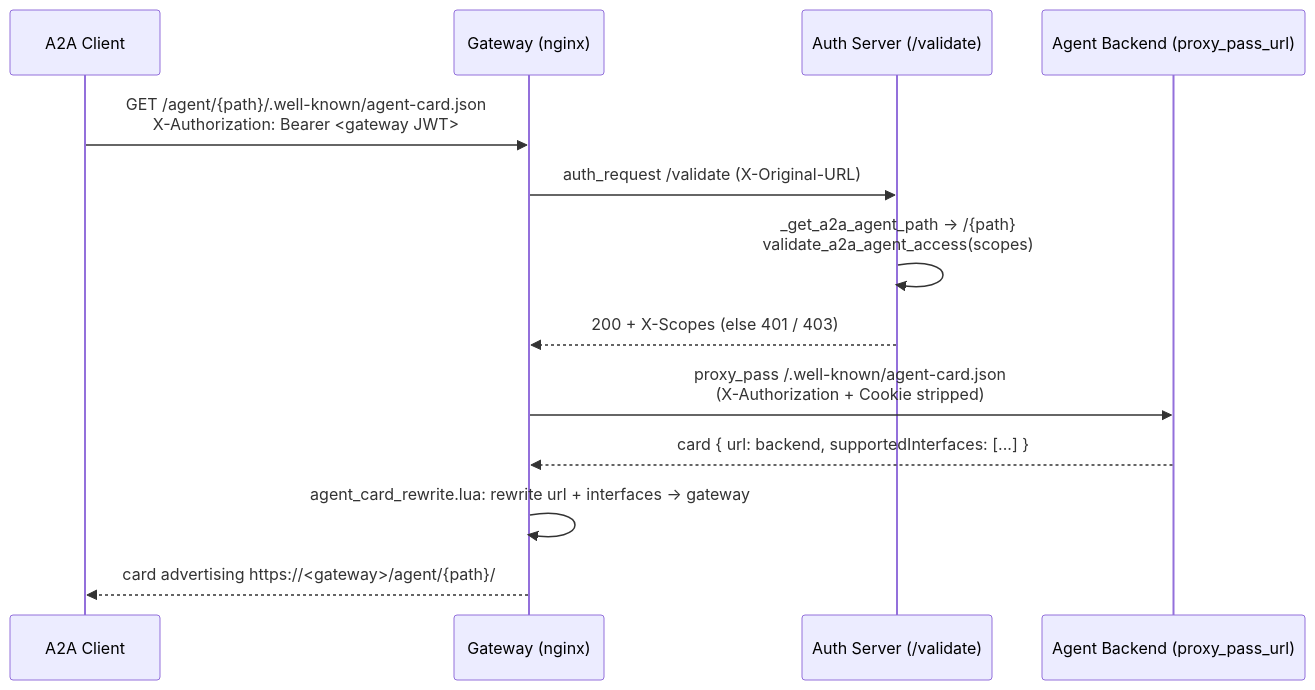
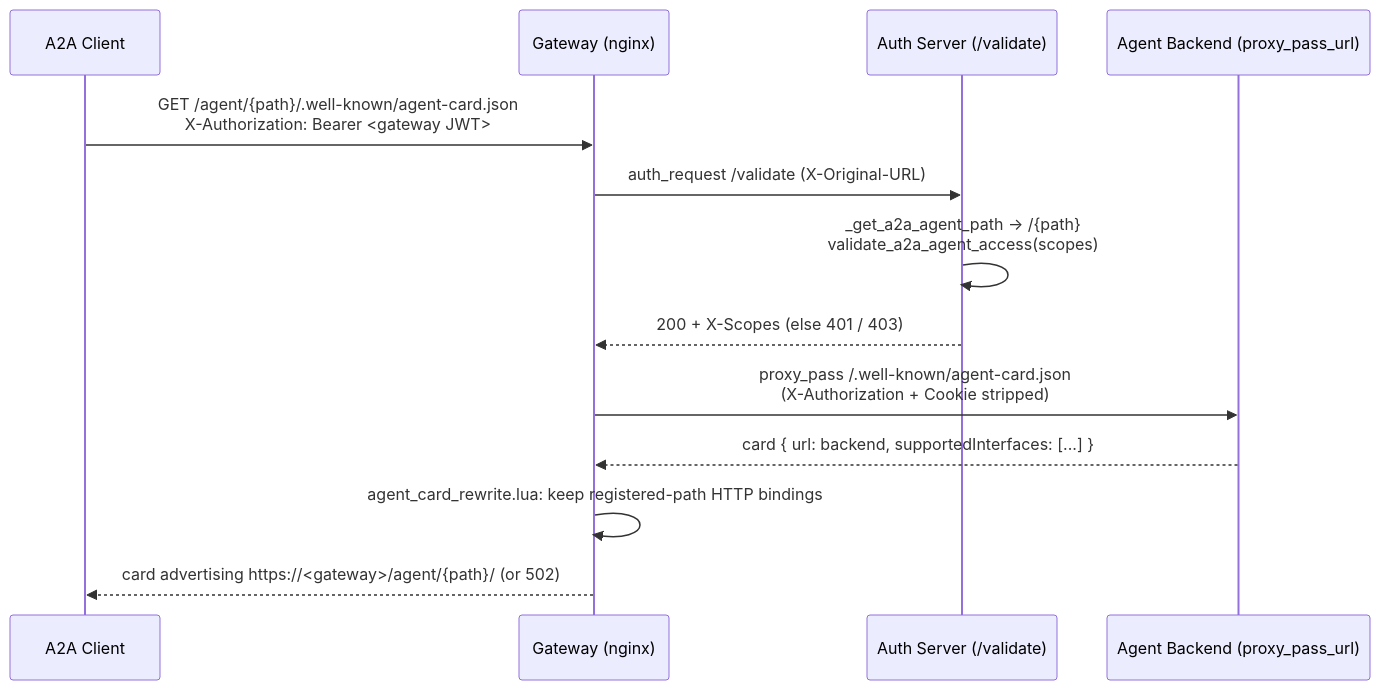
Before and after one commit to agentic-community/mcp-gateway-registry: the first of 2 diagrams in docs/design/a2a-protocol-integration.md, drawn with Mermaid. The commit also changed other lines of this file and 18 other files, not shown here.

First line of the commit message:
fix(a2a): advertise only routable agent interfaces through the gateway

````diff
--- a/docs/design/a2a-protocol-integration.md
+++ b/docs/design/a2a-protocol-integration.md
@@ -1159,16 +1160,16 @@
 ```mermaid
 sequenceDiagram
     participant C as A2A Client
     participant GW as Gateway (nginx)
     participant AS as Auth Server (/validate)
     participant B as Agent Backend (proxy_pass_url)
 
     C->>GW: GET /agent/{path}/.well-known/agent-card.json<br/>X-Authorization: Bearer <gateway JWT>
     GW->>AS: auth_request /validate (X-Original-URL)
     AS->>AS: _get_a2a_agent_path -> /{path}<br/>validate_a2a_agent_access(scopes)
     AS-->>GW: 200 + X-Scopes  (else 401 / 403)
     GW->>B: proxy_pass /.well-known/agent-card.json<br/>(X-Authorization + Cookie stripped)
     B-->>GW: card { url: backend, supportedInterfaces: [...] }
-    GW->>GW: agent_card_rewrite.lua: rewrite url + interfaces -> gateway
-    GW-->>C: card advertising https://<gateway>/agent/{path}/
+    GW->>GW: agent_card_rewrite.lua: keep registered-path HTTP bindings
+    GW-->>C: card advertising https://<gateway>/agent/{path}/ (or 502)
 ```
````
